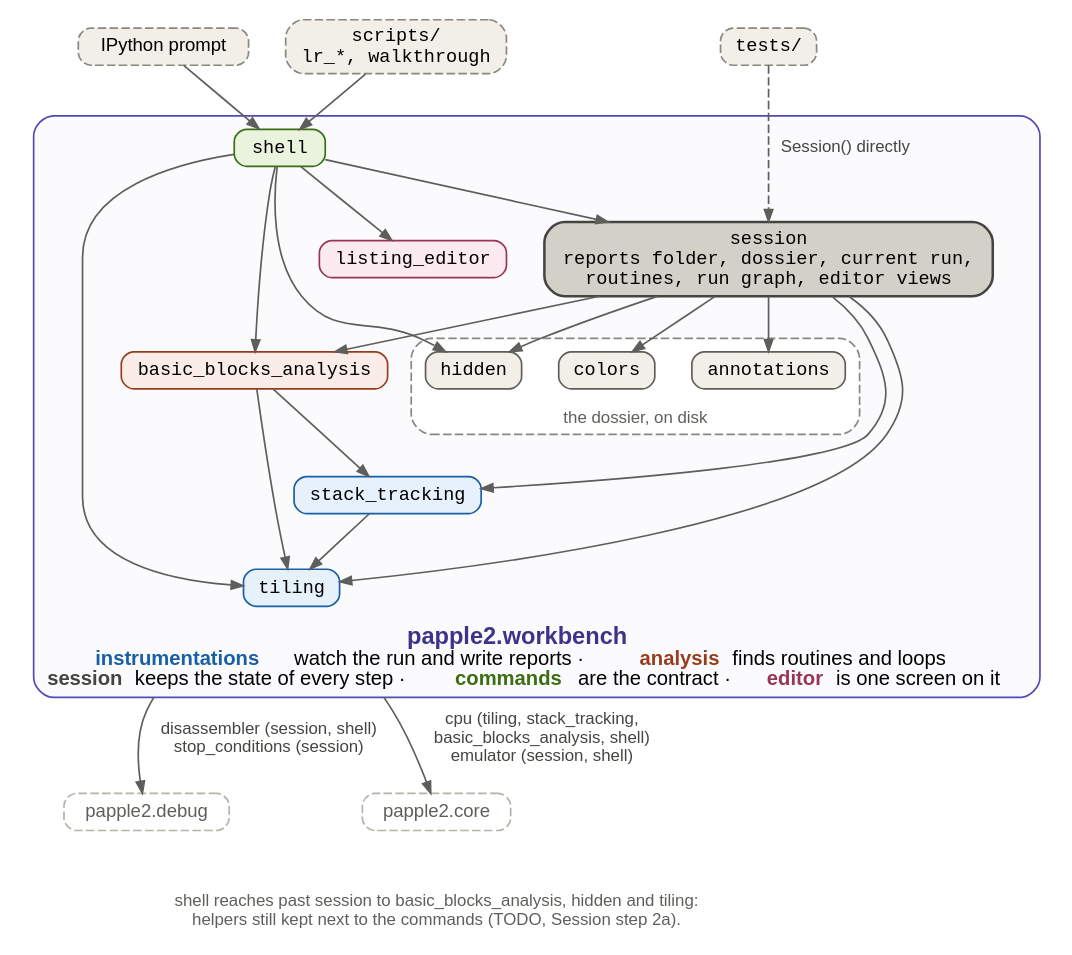
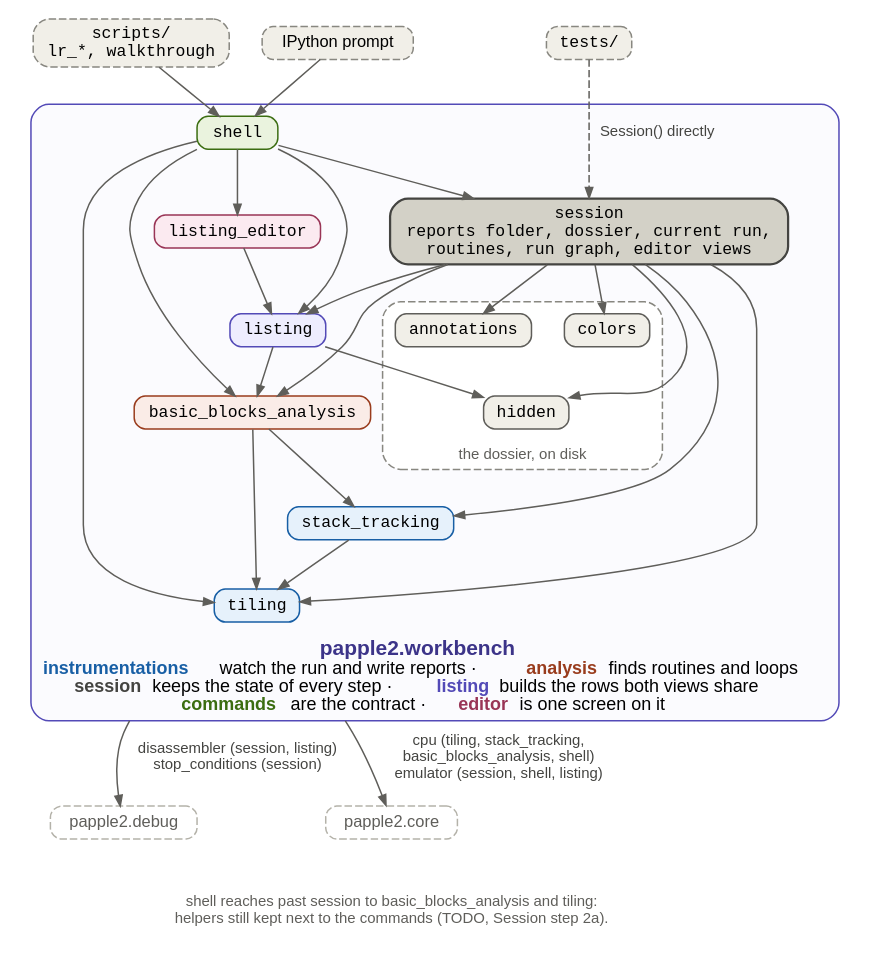
Before and after one commit to fschuhi/papple2: the diagram in docs/diagrams/workbench.dot, drawn with Graphviz. The commit also changed 4 other files, not shown here.

```diff
--- a/docs/diagrams/workbench.dot
+++ b/docs/diagrams/workbench.dot
@@ -1,95 +1,102 @@
 // Inside papple2.workbench: who imports whom, coloured by role.
 // The other packages appear as grey stubs. Overview in packages.dot.
 //
 // An arrow points from the module that imports to the module imported.
 // Rendered by `make presentation`.
 
 digraph workbench {
     compound=true;
     rankdir=TB;
     newrank=true;
     size="13.3,7.5";
     nodesep=0.3;
     ranksep=0.45;
     bgcolor="white";
     fontname="Helvetica";
     node [shape=box, style="rounded,filled", fontname="monospace", fontsize=11,
           penwidth=1, height=0.3];
     edge [color="#5F5E5A", fontname="Helvetica", fontsize=10, fontcolor="#444441",
           arrowsize=0.7];
 
     // clients, outside the package
     scripts [label="scripts/\nlr_*, walkthrough", fillcolor="#F1EFE8",
              color="#888780", style="rounded,filled,dashed"];
     prompt [label="IPython prompt", fontname="Helvetica", fillcolor="#F1EFE8",
             color="#888780", style="rounded,filled,dashed"];
     tests [label="tests/", fillcolor="#F1EFE8", color="#888780",
            style="rounded,filled,dashed"];
     { rank=same; scripts; prompt; tests; }
 
     subgraph cluster_workbench {
         style="rounded,filled"; fillcolor="#FBFBFE"; color="#534AB7";
         fontname="Helvetica"; fontsize=12; labelloc="b";
-        label=<<FONT POINT-SIZE="14" COLOR="#3C3489"><B>papple2.workbench</B></FONT><BR/><FONT COLOR="#185FA5"><B>instrumentations</B></FONT> watch the run and write reports · <FONT COLOR="#993C1D"><B>analysis</B></FONT> finds routines and loops<BR/><FONT COLOR="#444441"><B>session</B></FONT> keeps the state of every step · <FONT COLOR="#3B6D11"><B>commands</B></FONT> are the contract · <FONT COLOR="#993556"><B>editor</B></FONT> is one screen on it>;
+        label=<<FONT POINT-SIZE="14" COLOR="#3C3489"><B>papple2.workbench</B></FONT><BR/><FONT COLOR="#185FA5"><B>instrumentations</B></FONT> watch the run and write reports · <FONT COLOR="#993C1D"><B>analysis</B></FONT> finds routines and loops<BR/><FONT COLOR="#444441"><B>session</B></FONT> keeps the state of every step · <FONT COLOR="#534AB7"><B>listing</B></FONT> builds the rows both views share<BR/><FONT COLOR="#3B6D11"><B>commands</B></FONT> are the contract · <FONT COLOR="#993556"><B>editor</B></FONT> is one screen on it>;
 
         // commands
         shell [fillcolor="#EAF3DE", color="#3B6D11"];
         // screen
         listing_editor [fillcolor="#FBEAF0", color="#993556"];
+        // the rows of a listing
+        listing [fillcolor="#EEEDFE", color="#534AB7"];
         // state
         session [fillcolor="#D3D1C7", color="#444441", penwidth=1.5,
                  label="session\nreports folder, dossier, current run,\nroutines, run graph, editor views"];
 
         subgraph cluster_dossier {
             label="the dossier, on disk"; labelloc="b"; fontsize=10;
             fontcolor="#5F5E5A"; style="rounded,dashed"; color="#888780";
             annotations [fillcolor="#F1EFE8", color="#5F5E5A"];
             hidden [fillcolor="#F1EFE8", color="#5F5E5A"];
             colors [fillcolor="#F1EFE8", color="#5F5E5A"];
         }
 
         // analysis
         basic_blocks_analysis [fillcolor="#FAECE7", color="#993C1D"];
         // instrumentations
         stack_tracking [fillcolor="#E6F1FB", color="#185FA5"];
         tiling [fillcolor="#E6F1FB", color="#185FA5"];
 
         shell -> session;
         shell -> listing_editor;
+        shell -> listing;
         shell -> basic_blocks_analysis;
-        shell -> hidden;
         shell -> tiling;
 
         session -> annotations;
         session -> hidden;
         session -> colors;
+        session -> listing;
         session -> basic_blocks_analysis;
         session -> stack_tracking;
         session -> tiling;
+
+        listing_editor -> listing;
+        listing -> basic_blocks_analysis;
+        listing -> hidden;
 
         basic_blocks_analysis -> stack_tracking;
         basic_blocks_analysis -> tiling;
         stack_tracking -> tiling;
     }
 
     prompt -> shell;
     scripts -> shell;
     tests -> session [style=dashed, label=" Session() directly "];
 
     // the other packages, as stubs
     debug [label="papple2.debug", fontname="Helvetica", fillcolor="white",
            color="#B4B2A9", fontcolor="#5F5E5A", style="rounded,filled,dashed"];
     core [label="papple2.core", fontname="Helvetica", fillcolor="white",
           color="#B4B2A9", fontcolor="#5F5E5A", style="rounded,filled,dashed"];
     { rank=same; debug; core; }
 
     tiling -> debug [ltail=cluster_workbench,
-                     label=" disassembler (session, shell)\n stop_conditions (session) "];
+                     label=" disassembler (session, listing)\n stop_conditions (session) "];
     tiling -> core [ltail=cluster_workbench,
-                    label=" cpu (tiling, stack_tracking,\n basic_blocks_analysis, shell)\n emulator (session, shell) "];
+                    label=" cpu (tiling, stack_tracking,\n basic_blocks_analysis, shell)\n emulator (session, shell, listing) "];
 
     note [shape=plaintext, style="", fontname="Helvetica", fontsize=10,
           fontcolor="#5F5E5A",
-          label="shell reaches past session to basic_blocks_analysis, hidden and tiling:\nhelpers still kept next to the commands (TODO, Session step 2a)."];
+          label="shell reaches past session to basic_blocks_analysis and tiling:\nhelpers still kept next to the commands (TODO, Session step 2a)."];
     core -> note [style=invis];
 }
```
